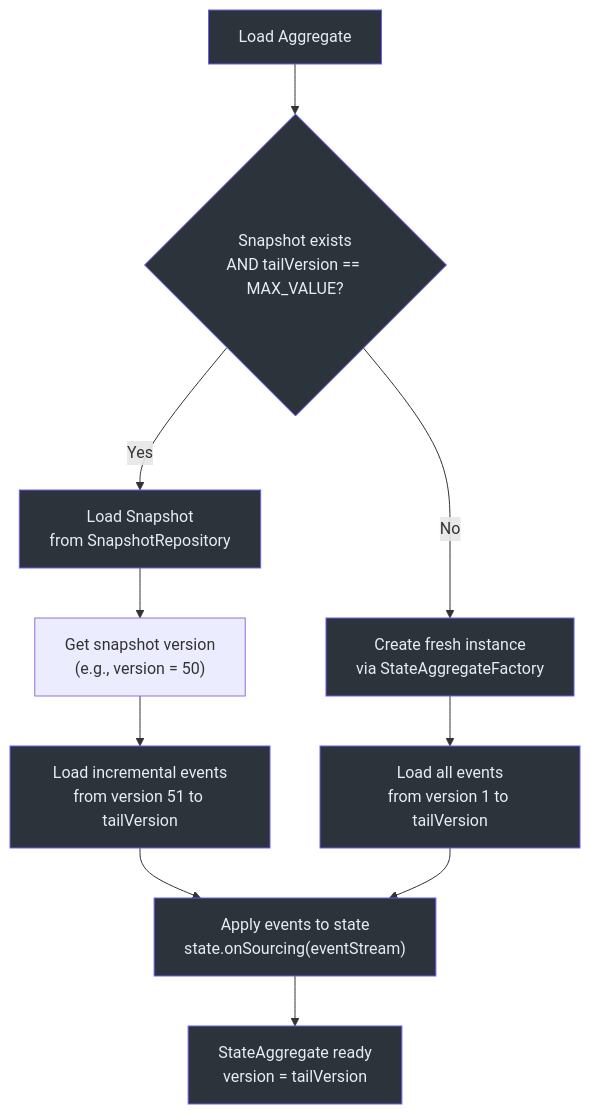
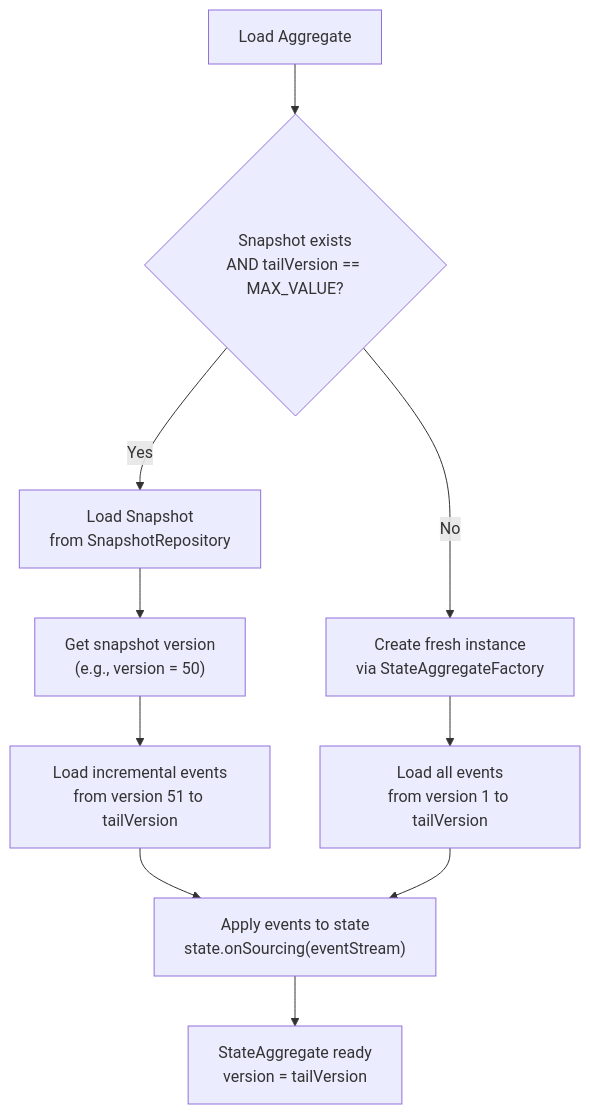
Before and after one commit to Ahoo-Wang/Wow: the fourth of 4 diagrams in documentation/docs/en/deep-dive/architecture/aggregate-lifecycle.md, drawn with Mermaid. The commit also changed other lines of this file and 32 other files, not shown here.

Commit message:
docs: remove unsupported style/classDef directives from stateDiagram-v2 Mermaid blocks

````diff
--- a/documentation/docs/en/deep-dive/architecture/aggregate-lifecycle.md
+++ b/documentation/docs/en/deep-dive/architecture/aggregate-lifecycle.md
@@ -483,21 +467,13 @@
 ```mermaid
 flowchart TD
     A["Load Aggregate"] --> B{"Snapshot exists<br>AND tailVersion == MAX_VALUE?"}
     B -->|"Yes"| C["Load Snapshot<br>from SnapshotRepository"]
     B -->|"No"| D["Create fresh instance<br>via StateAggregateFactory"]
     C --> E["Get snapshot version<br>(e.g., version = 50)"]
     E --> F["Load incremental events<br>from version 51 to tailVersion"]
     D --> G["Load all events<br>from version 1 to tailVersion"]
     F --> H["Apply events to state<br>state.onSourcing(eventStream)"]
     G --> H
     H --> I["StateAggregate ready<br>version = tailVersion"]
 
-    style A fill:#2d333b,stroke:#6d5dfc,color:#e6edf3
-    style B fill:#2d333b,stroke:#6d5dfc,color:#e6edf3
-    style C fill:#2d333b,stroke:#6d5dfc,color:#e6edf3
-    style D fill:#2d333b,stroke:#6d5dfc,color:#e6edf3
-    style F fill:#2d333b,stroke:#6d5dfc,color:#e6edf3
-    style G fill:#2d333b,stroke:#6d5dfc,color:#e6edf3
-    style H fill:#2d333b,stroke:#6d5dfc,color:#e6edf3
-    style I fill:#2d333b,stroke:#6d5dfc,color:#e6edf3
 ```
````
